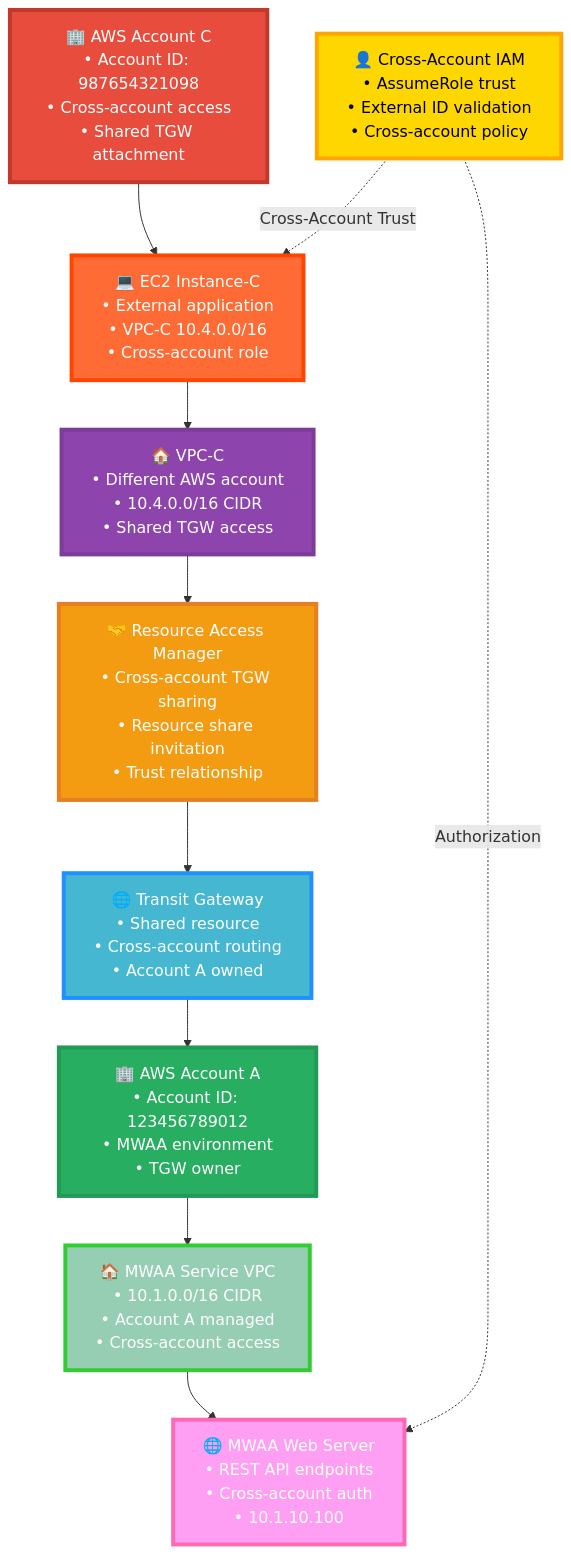
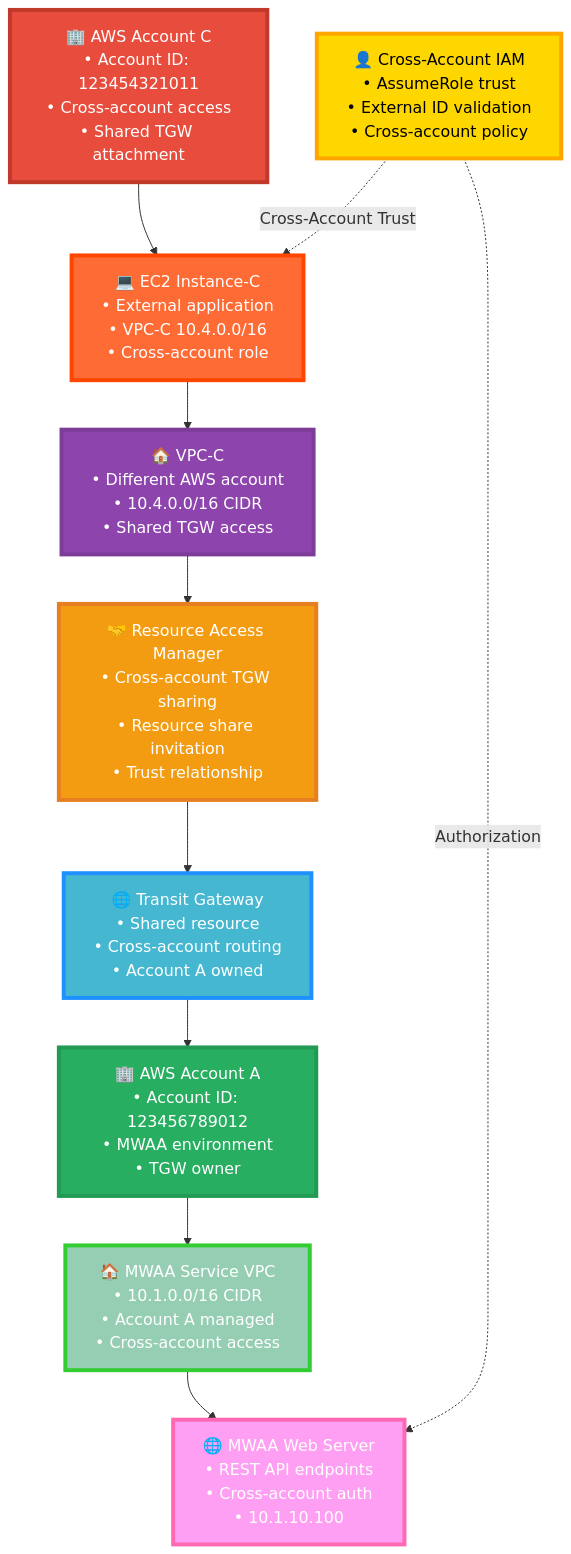
The seventh of 12 diagrams in restapi.md (demoq-demo/mwaa), drawn with Mermaid before and after one commit.

````diff
--- a/restapi.md
+++ b/restapi.md
@@ -298,33 +298,33 @@
 ```mermaid
 graph TB
-    ACCOUNTC["🏢 AWS Account C<br/>• Account ID: 987654321098<br/>• Cross-account access<br/>• Shared TGW attachment"]:::accountc
+    ACCOUNTC["🏢 AWS Account C<br/>• Account ID: 123454321011<br/>• Cross-account access<br/>• Shared TGW attachment"]:::accountc
     EC2C["💻 EC2 Instance-C<br/>• External application<br/>• VPC-C 10.4.0.0/16<br/>• Cross-account role"]:::ec2
     VPCC["🏠 VPC-C<br/>• Different AWS account<br/>• 10.4.0.0/16 CIDR<br/>• Shared TGW access"]:::vpcc
     RAM["🤝 Resource Access Manager<br/>• Cross-account TGW sharing<br/>• Resource share invitation<br/>• Trust relationship"]:::ram
     TGW["🌐 Transit Gateway<br/>• Shared resource<br/>• Cross-account routing<br/>• Account A owned"]:::tgw
     ACCOUNTA["🏢 AWS Account A<br/>• Account ID: 123456789012<br/>• MWAA environment<br/>• TGW owner"]:::accounta
     MWAAVPC["🏠 MWAA Service VPC<br/>• 10.1.0.0/16 CIDR<br/>• Account A managed<br/>• Cross-account access"]:::mwaavpc
     WEBSERVER["🌐 MWAA Web Server<br/>• REST API endpoints<br/>• Cross-account auth<br/>• 10.1.10.100"]:::webserver
     IAM["👤 Cross-Account IAM<br/>• AssumeRole trust<br/>• External ID validation<br/>• Cross-account policy"]:::iam
     
     ACCOUNTC --> EC2C
     EC2C --> VPCC
     VPCC --> RAM
     RAM --> TGW
     TGW --> ACCOUNTA
     ACCOUNTA --> MWAAVPC
     MWAAVPC --> WEBSERVER
     
     IAM -.->|Cross-Account Trust| EC2C
     IAM -.->|Authorization| WEBSERVER
     
     classDef accountc fill:#E74C3C,stroke:#C0392B,stroke-width:4px,color:#fff
     classDef ec2 fill:#FF6B35,stroke:#FF4500,stroke-width:4px,color:#fff
     classDef vpcc fill:#8E44AD,stroke:#7D3C98,stroke-width:4px,color:#fff
     classDef ram fill:#F39C12,stroke:#E67E22,stroke-width:4px,color:#fff
     classDef tgw fill:#45B7D1,stroke:#1E90FF,stroke-width:4px,color:#fff
     classDef accounta fill:#27AE60,stroke:#229954,stroke-width:4px,color:#fff
     classDef mwaavpc fill:#96CEB4,stroke:#32CD32,stroke-width:4px,color:#fff
     classDef webserver fill:#FF9FF3,stroke:#FF69B4,stroke-width:4px,color:#fff
     classDef iam fill:#FFD700,stroke:#FFA500,stroke-width:4px,color:#000
 ```
````
